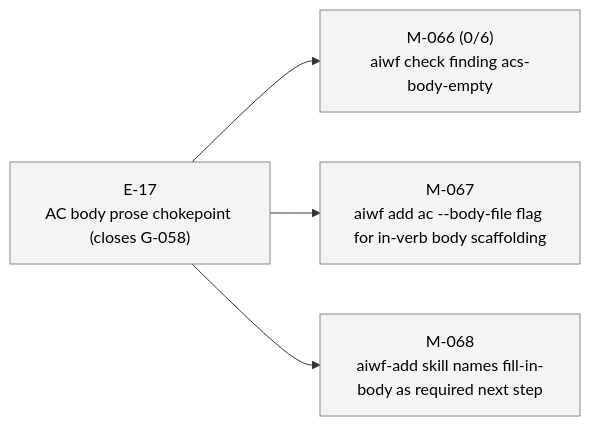
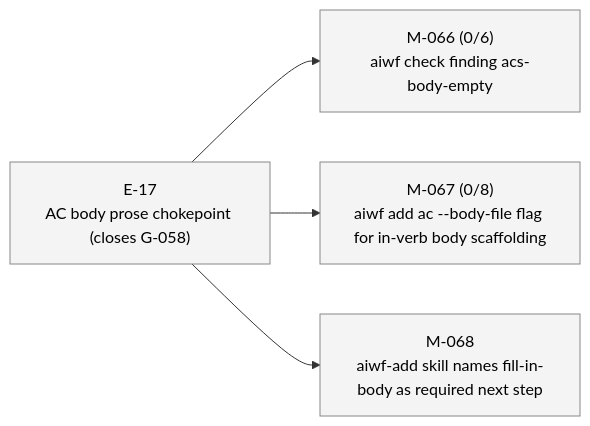
Before and after one commit to 23min/aiwf: the third of 3 diagrams in STATUS.md, drawn with Mermaid. The commit also changed other lines of this file and 1 other file, not shown here.

First line of the commit message:
aiwf add ac M-067 AC-1..AC-8 (8 criteria)

````diff
--- a/STATUS.md
+++ b/STATUS.md
@@ -60,16 +60,16 @@
 ```mermaid
 flowchart LR
   E_17["E-17<br/>AC body prose chokepoint (closes G-058)"]:::epic_proposed
   M_066["M-066 (0/6)<br/>aiwf check finding acs-body-empty"]:::ms_draft
   E_17 --> M_066
-  M_067["M-067<br/>aiwf add ac --body-file flag for in-verb body scaffolding"]:::ms_draft
+  M_067["M-067 (0/8)<br/>aiwf add ac --body-file flag for in-verb body scaffolding"]:::ms_draft
   E_17 --> M_067
   M_068["M-068<br/>aiwf-add skill names fill-in-body as required next step"]:::ms_draft
   E_17 --> M_068
   classDef epic_active fill:#d6eaff,stroke:#1a73e8,color:#000
   classDef epic_proposed fill:#f4f4f4,stroke:#888,color:#000
   classDef ms_done fill:#d8f5d8,stroke:#2a8a2a,color:#000
   classDef ms_in_progress fill:#fff3c4,stroke:#caa400,color:#000
   classDef ms_draft fill:#f4f4f4,stroke:#888,color:#000
   classDef ms_cancelled fill:#fbeaea,stroke:#c33,color:#000
 ```
````
